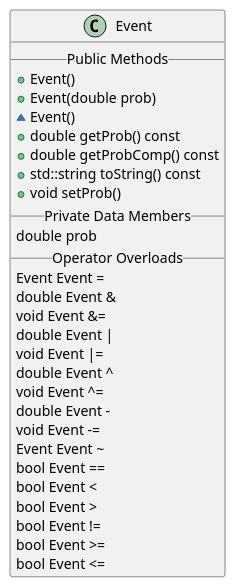
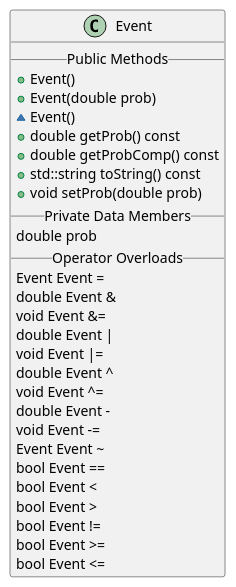
The diagram in probabilities/prob.wsd (zacmcnulty123/CPP_grad_school), drawn with PlantUML before and after one commit. The commit also changed 15 other files, not shown here.

```diff
--- a/probabilities/prob.wsd
+++ b/probabilities/prob.wsd
@@ -1,32 +1,32 @@
 @startuml
 class Event {
   __Public Methods__
   +Event()
   +Event(double prob)
   ~Event()
   +double getProb() const
   +double getProbComp() const
   +std::string toString() const
-  +void setProb()
+  +void setProb(double prob)
   __Private Data Members__
   double prob
   __Operator Overloads__
   Event Event =
   double Event &
   void Event &=
   double Event |
   void Event |=
   double Event ^
   void Event ^=
   double Event -
   void Event -=
   Event Event ~
   bool Event ==
   bool Event <
   bool Event >
   bool Event !=
   bool Event >=
   bool Event <=
 }
 
 @enduml
```
